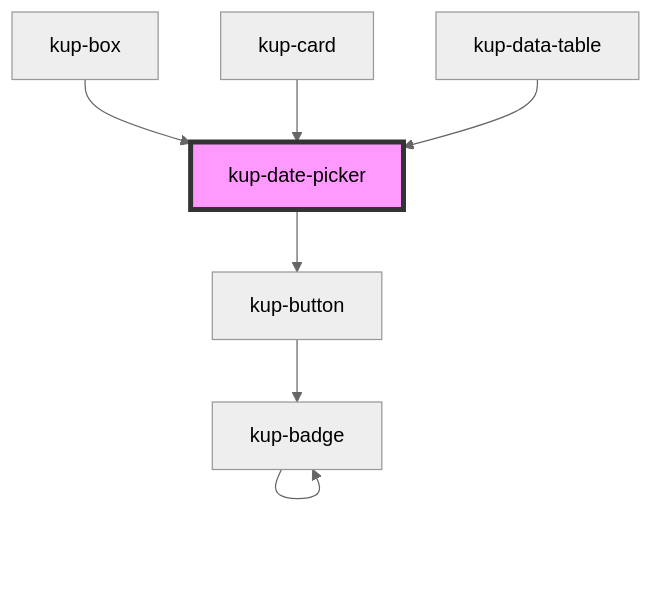
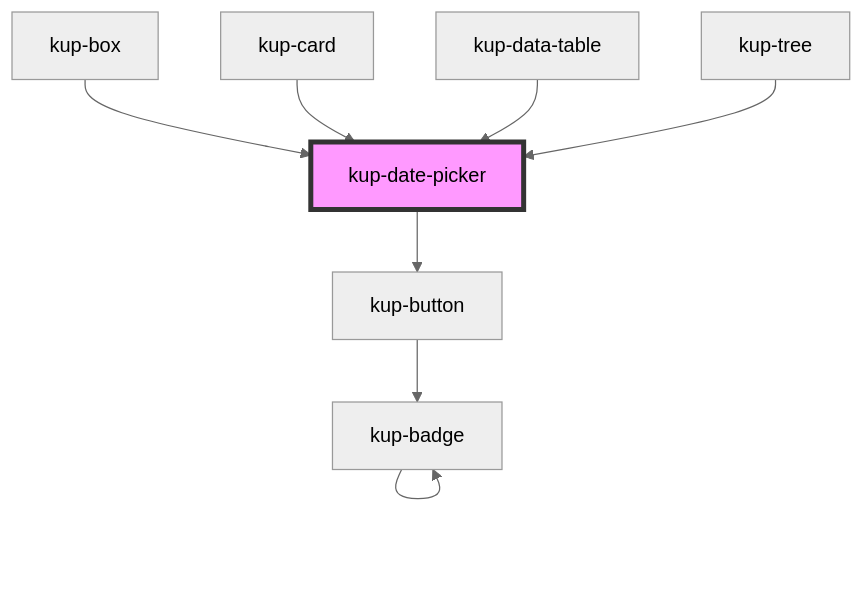
The diagram in packages/ketchup/src/components/kup-date-picker/readme.md (smeup/ketchup), drawn with Mermaid (neutral theme) before and after one commit. The commit also changed other lines of this file and 12 other files, not shown here.

Commit message:
FCell: used in kup-tree.

````diff
--- a/packages/ketchup/src/components/kup-date-picker/readme.md
+++ b/packages/ketchup/src/components/kup-date-picker/readme.md
@@ -98,10 +99,11 @@
 ```mermaid
 graph TD;
   kup-date-picker --> kup-button
   kup-button --> kup-badge
   kup-badge --> kup-badge
   kup-box --> kup-date-picker
   kup-card --> kup-date-picker
   kup-data-table --> kup-date-picker
+  kup-tree --> kup-date-picker
   style kup-date-picker fill:#f9f,stroke:#333,stroke-width:4px
 ```
````
